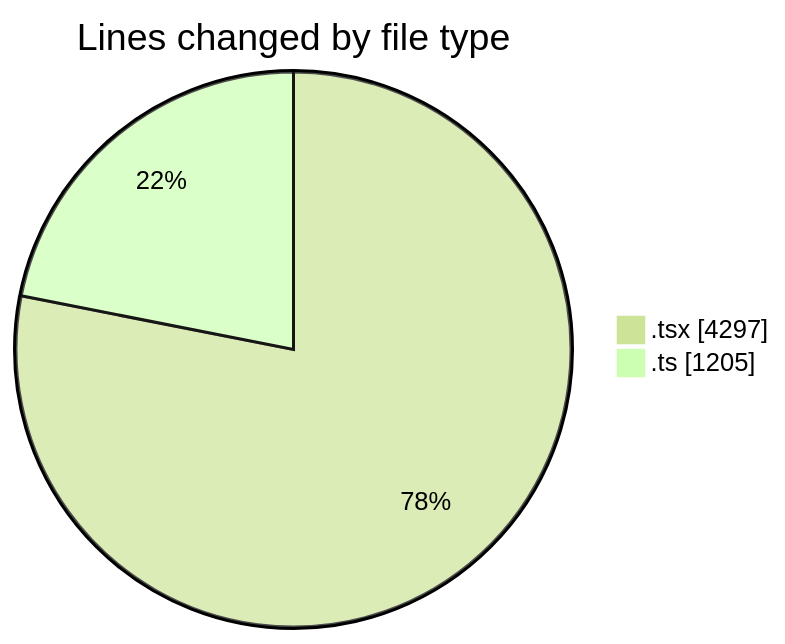
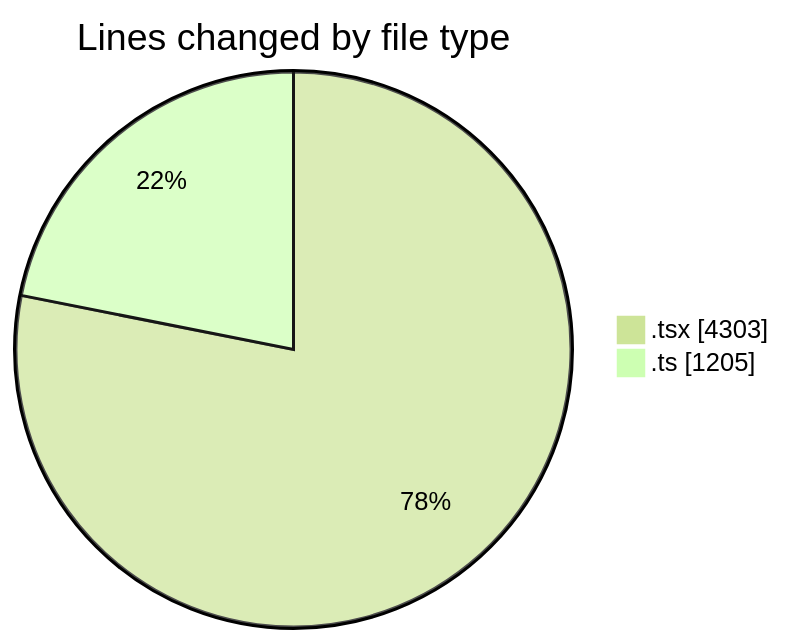
One commit to nxtqubesakshisongat/code-tracking changed the first of 2 diagrams in 2026-02-18/nxtqube_webapp/README.md. Above: the diagram before and after it, drawn with Mermaid (forest theme). The commit also changed other lines of this file and 1 other file, not shown here.

````diff
--- a/2026-02-18/nxtqube_webapp/README.md
+++ b/2026-02-18/nxtqube_webapp/README.md
@@ -29,6 +29,6 @@
 ```mermaid
 pie showData
 title Lines changed by file type
-".tsx" : 4297
+".tsx" : 4303
 ".ts" : 1205
 ```
````
